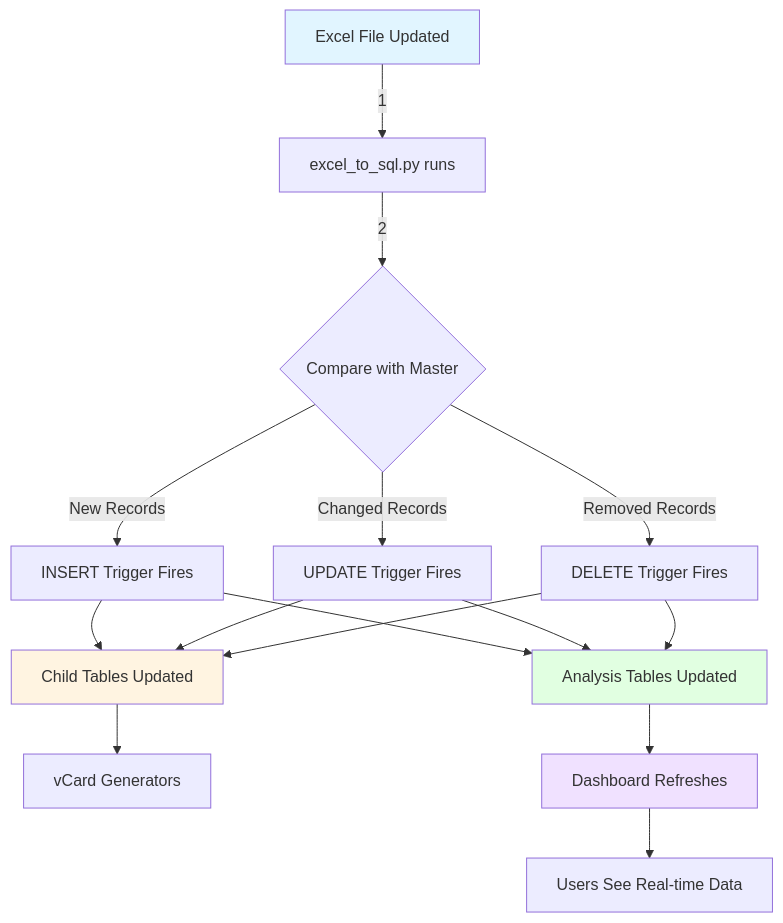
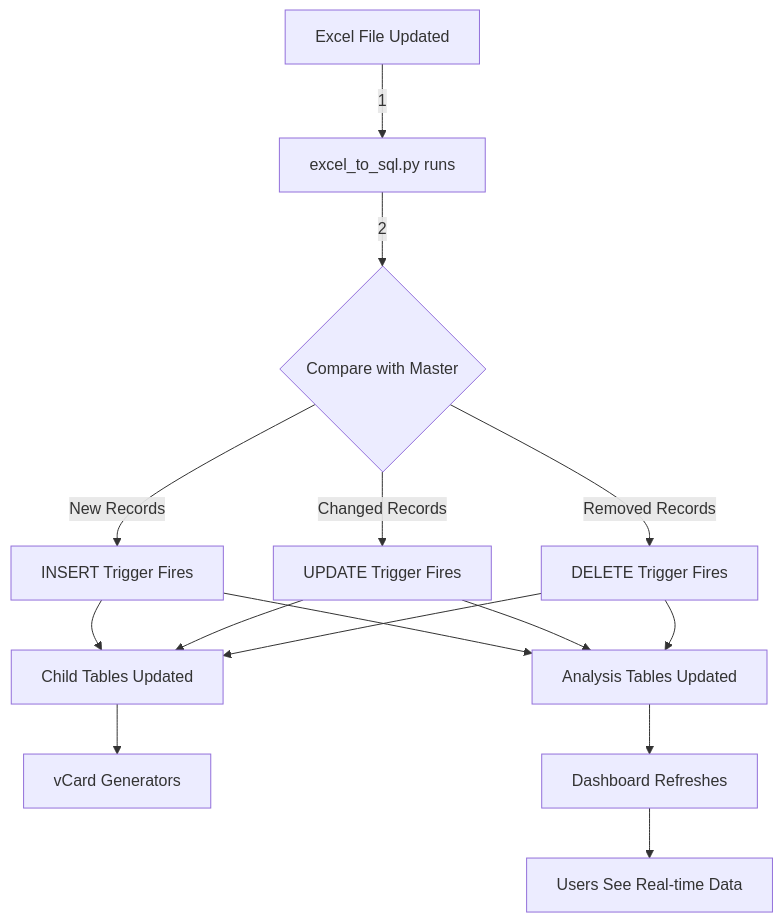
Before and after one commit to Acash-bits/tax_summit: the fourth of 10 diagrams in Readme.md, drawn with Mermaid. The commit also changed other lines of this file, not shown here.

````diff
--- a/Readme.md
+++ b/Readme.md
@@ -534,27 +522,23 @@
 ```mermaid
 graph TB
     A[Excel File Updated] -->|1| B[excel_to_sql.py runs]
     B -->|2| C{Compare with Master}
     C -->|New Records| D[INSERT Trigger Fires]
     C -->|Changed Records| E[UPDATE Trigger Fires]
     C -->|Removed Records| F[DELETE Trigger Fires]
     
     D --> G[Child Tables Updated]
     D --> H[Analysis Tables Updated]
     
     E --> G
     E --> H
     
     F --> G
     F --> H
     
     G --> I[vCard Generators]
     H --> J[Dashboard Refreshes]
     
     J --> K[Users See Real-time Data]
     
-    style A fill:#e1f5ff
-    style G fill:#fff4e1
-    style H fill:#e1ffe1
-    style J fill:#f0e1ff
 ```
````
